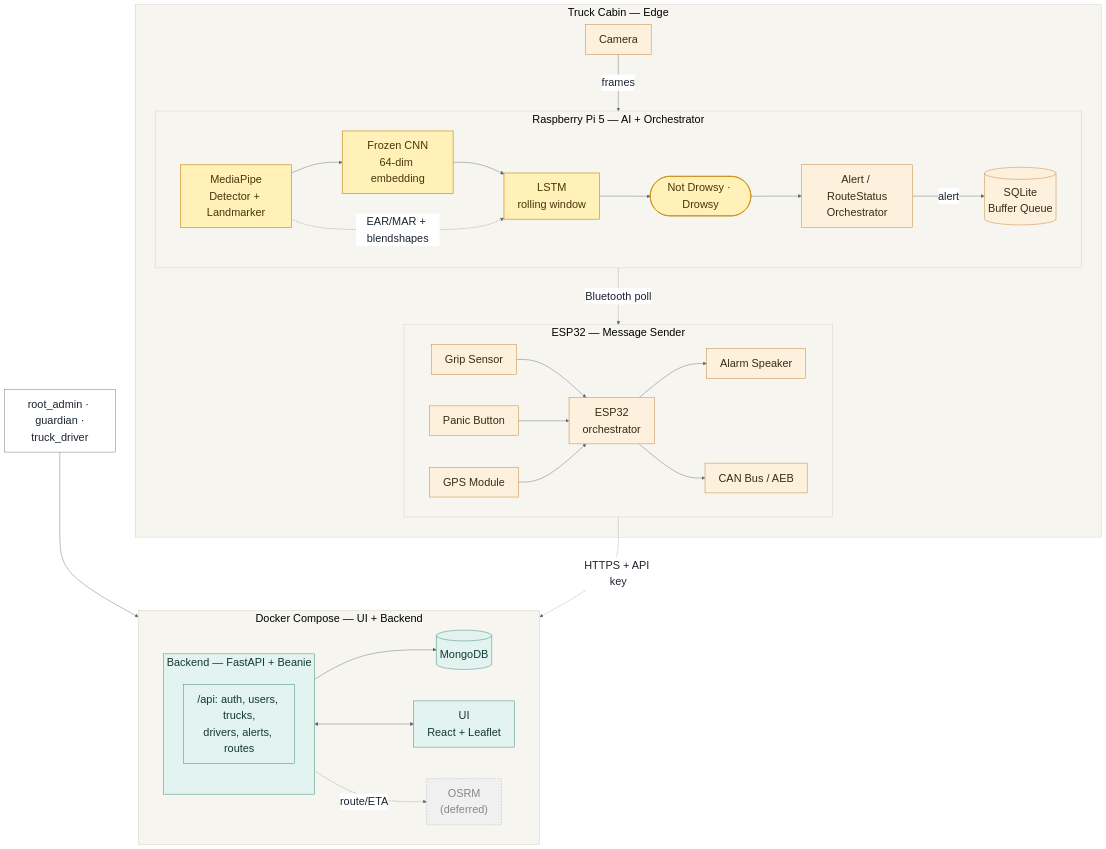
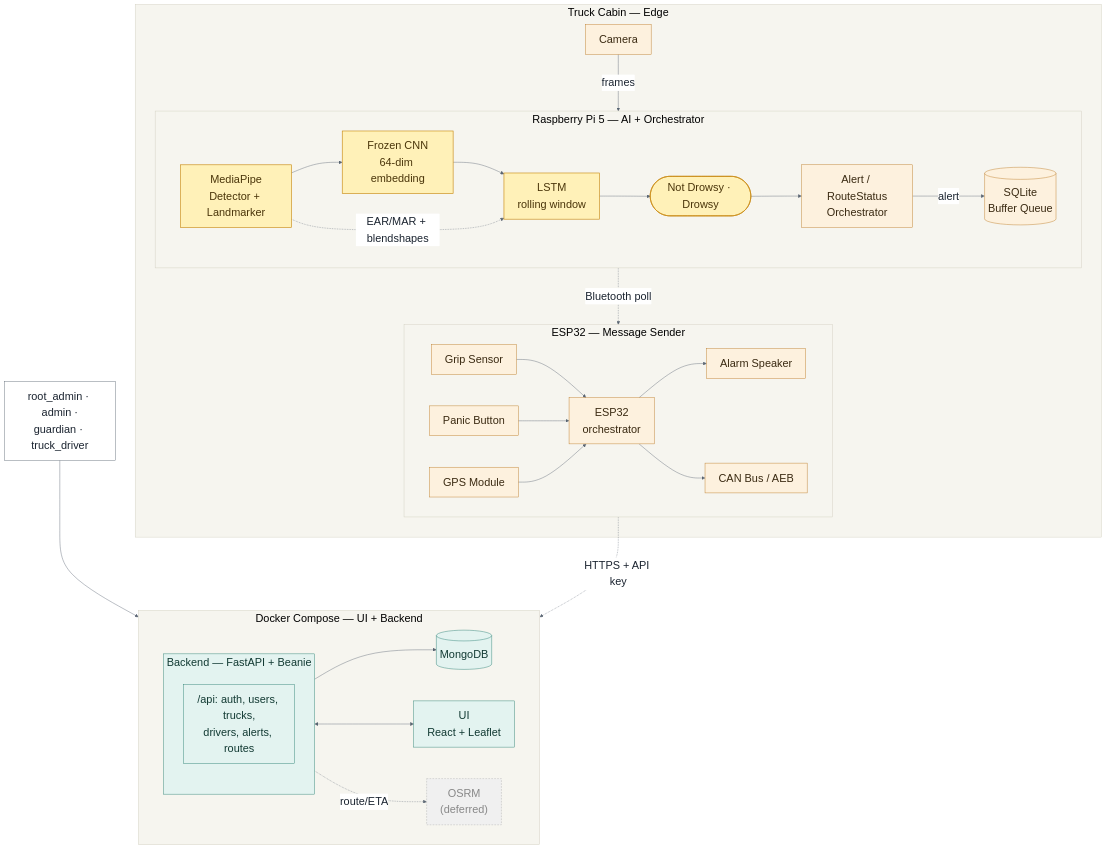
The diagram in docs/designs/semantic-design-overview.md (alecksandr26/Argus), drawn with Mermaid before and after one commit. The commit also changed 44 other files, not shown here.

````diff
--- a/docs/designs/semantic-design-overview.md
+++ b/docs/designs/semantic-design-overview.md
@@ -38,52 +38,52 @@
 ```mermaid
 %%{init: {'theme':'base','themeVariables': {'fontFamily':'IBM Plex Mono, monospace','fontSize':'26px','primaryColor':'#ffffff','primaryBorderColor':'#5b6673','primaryTextColor':'#1b2430','lineColor':'#5b6673','clusterBkg':'#f6f5ef','clusterBorder':'#cfccbd'},'flowchart':{'nodeSpacing':75,'rankSpacing':96,'padding':16,'curve':'basis'}}}%%
 flowchart TB
   subgraph EDGE["Truck Cabin — Edge"]
     CAM["Camera"] -- frames --> PI
 
     subgraph PI["Raspberry Pi 5 — AI + Orchestrator"]
       direction LR
       MP["MediaPipe<br/>Detector + Landmarker"] --> CNN["Frozen CNN<br/>64-dim embedding"] --> LSTM["LSTM<br/>rolling window"] --> CLS(["Not Drowsy · Drowsy"])
       MP -. "EAR/MAR + blendshapes" .-> LSTM
       CLS --> ORCH["Alert / RouteStatus<br/>Orchestrator"]
       ORCH -- alert --> BUF[("SQLite<br/>Buffer Queue")]
     end
 
     subgraph PERIPH["ESP32 — Message Sender"]
       direction LR
       GRIP["Grip Sensor"] --> ESP
       PANIC["Panic Button"] --> ESP
       GPS["GPS Module"] --> ESP
       ESP["ESP32<br/>orchestrator"] --> ALARM["Alarm Speaker"]
       ESP --> AEB["CAN Bus / AEB"]
     end
 
     BUF -. "Bluetooth poll" .-> ESP
   end
 
   ESP -. "HTTPS + API key" .-> BACKEND
 
   subgraph CLOUD["Docker Compose — UI + Backend"]
     direction LR
     subgraph BACKEND["Backend — FastAPI + Beanie"]
       API["/api: auth, users, trucks,<br/>drivers, alerts, routes"]
     end
     BACKEND --> DB[("MongoDB")]
     BACKEND <--> UI["UI<br/>React + Leaflet"]
     BACKEND -. "route/ETA" .-> OSRM["OSRM<br/>(deferred)"]
   end
 
-  USERS["root_admin · guardian ·<br/>truck_driver"] --> UI
+  USERS["root_admin · admin ·<br/>guardian · truck_driver"] --> UI
 
   classDef edgeNode fill:#fdf1de,stroke:#b9761f,color:#3a2a12,stroke-width:1px;
   classDef cvNode fill:#fff1b8,stroke:#c98a12,color:#4a350a,stroke-width:1.5px;
   classDef cloudNode fill:#e3f3f0,stroke:#1f7a6c,color:#123a33,stroke-width:1px;
   classDef actorNode fill:#ffffff,stroke:#5b6673,color:#1b2430,stroke-width:1px;
   classDef futureNode fill:#f0f0f0,stroke:#aaaaaa,color:#888888,stroke-width:1px,stroke-dasharray: 4 3;
 
   class CAM,ORCH,BUF,GRIP,PANIC,GPS,ESP,ALARM,AEB edgeNode
   class MP,CNN,LSTM,CLS cvNode
   class BACKEND,API,DB,UI cloudNode
   class OSRM futureNode
   class USERS actorNode
 ```
````
